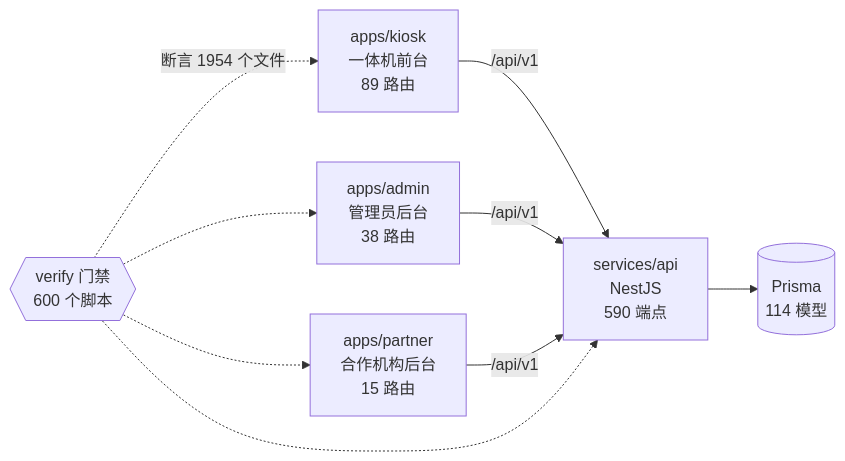
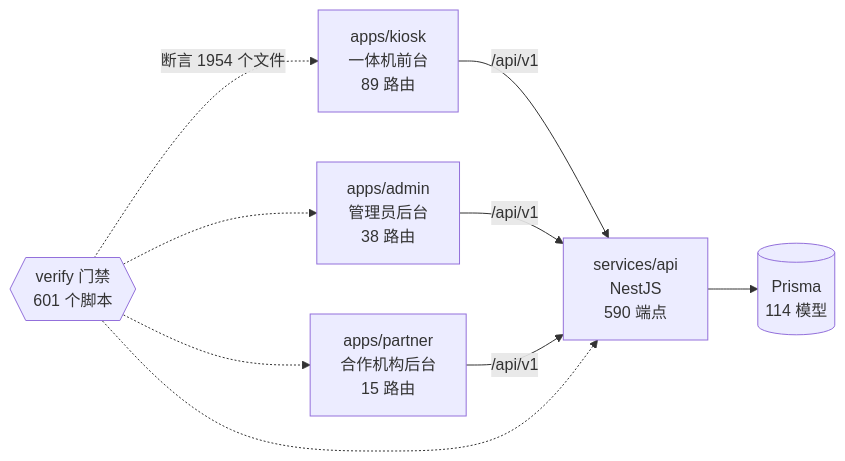
One commit to wanglei581/YITIJI changed the diagram in docs/graph/README.md. Above: the diagram before and after it, drawn with Mermaid. The commit also changed other lines of this file and 8 other files, not shown here.

````diff
--- a/docs/graph/README.md
+++ b/docs/graph/README.md
@@ -68,18 +68,18 @@
 ```mermaid
 flowchart LR
   kiosk["apps/kiosk<br/>一体机前台<br/>89 路由"]
   admin["apps/admin<br/>管理员后台<br/>38 路由"]
   partner["apps/partner<br/>合作机构后台<br/>15 路由"]
   api["services/api<br/>NestJS<br/>590 端点"]
   db[("Prisma<br/>114 模型")]
-  gates{{"verify 门禁<br/>600 个脚本"}}
+  gates{{"verify 门禁<br/>601 个脚本"}}
 
   kiosk -->|"/api/v1"| api
   admin -->|"/api/v1"| api
   partner -->|"/api/v1"| api
   api --> db
   gates -.->|"断言 1954 个文件"| kiosk
   gates -.-> admin
   gates -.-> partner
   gates -.-> api
 ```
````
